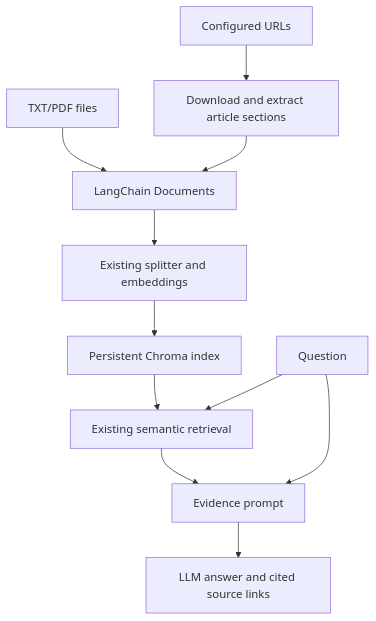
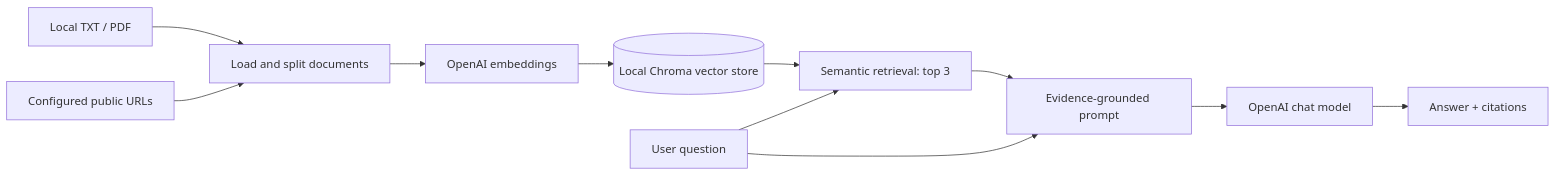
One commit to KaushalChandrasekar/enterprise-knowledge-assistant changed the diagram in README.md. Above: the diagram before and after it, drawn with Mermaid. The commit also changed other lines of this file, not shown here.

````diff
--- a/README.md
+++ b/README.md
@@ -34,13 +19,13 @@
 ```mermaid
-flowchart TD
-    F["TXT/PDF files"] --> D["LangChain Documents"]
-    U["Configured URLs"] --> W["Download and extract article sections"]
-    W --> D
-    D --> C["Existing splitter and embeddings"]
-    C --> V["Persistent Chroma index"]
-    Q["Question"] --> R["Existing semantic retrieval"]
-    V --> R
-    R --> P["Evidence prompt"]
-    Q --> P
-    P --> A["LLM answer and cited source links"]
+flowchart LR
+    A[Local TXT / PDF] --> C[Load and split documents]
+    B[Configured public URLs] --> C
+    C --> D[OpenAI embeddings]
+    D --> E[(Local Chroma vector store)]
+    F[User question] --> G[Semantic retrieval: top 3]
+    E --> G
+    G --> H[Evidence-grounded prompt]
+    F --> H
+    H --> I[OpenAI chat model]
+    I --> J[Answer + citations]
 ```
````
